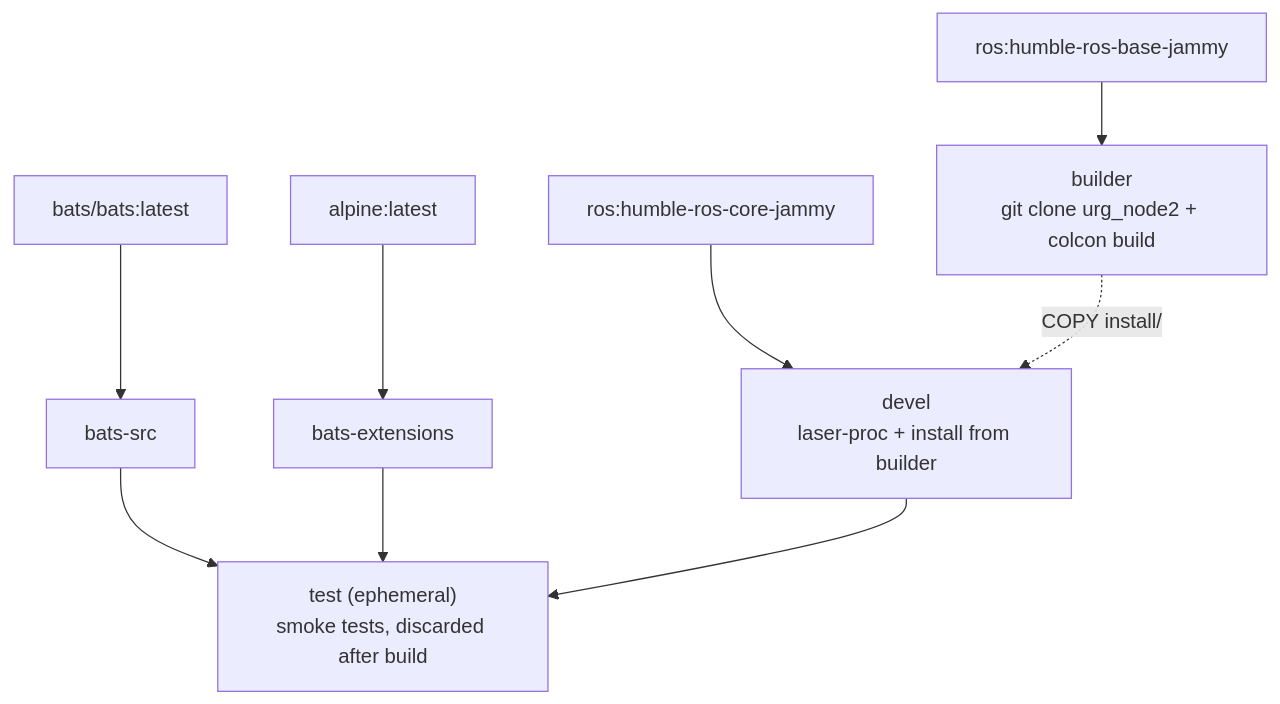
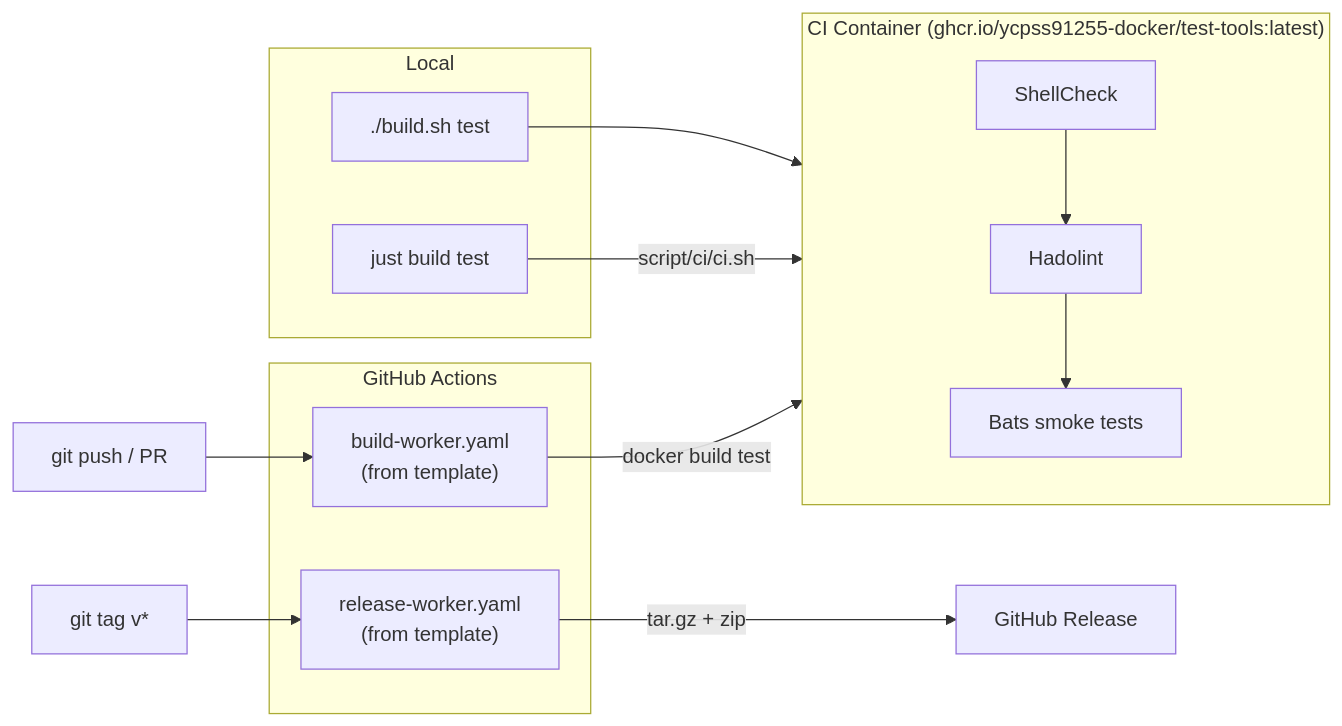
Before and after one commit to ycpss91255-docker/urg_node_humble: the second of 2 diagrams in README.md, drawn with Mermaid. The commit also changed other lines of this file and 202 other files, not shown here.

````diff
--- a/README.md
+++ b/README.md
@@ -108,20 +81,27 @@
 ```mermaid
-graph TD
-    EXT1["bats/bats:latest"]
-    EXT2["alpine:latest"]
-    EXT3["ros:humble-ros-base-jammy"]
-    EXT4["ros:humble-ros-core-jammy"]
+flowchart LR
+    subgraph local["Local"]
+        build_test["./build.sh test"]
+        make_test["just build test"]
+    end
 
-    EXT1 --> bats-src["bats-src"]
-    EXT2 --> bats-ext["bats-extensions"]
+    subgraph ci_container["CI Container (ghcr.io/ycpss91255-docker/test-tools:latest)"]
+        shellcheck["ShellCheck"]
+        hadolint["Hadolint"]
+        bats["Bats smoke tests"]
+    end
 
-    EXT3 --> builder["builder\ngit clone urg_node2 + colcon build"]
+    subgraph github["GitHub Actions"]
+        build_worker["build-worker.yaml<br/>(from template)"]
+        release_worker["release-worker.yaml<br/>(from template)"]
+    end
 
-    EXT4 --> devel["devel\nlaser-proc + install from builder"]
-    builder -.->|COPY install/| devel
+    build_test --> ci_container
+    make_test -->|"script/ci/ci.sh"| ci_container
+    shellcheck --> hadolint --> bats
 
-    bats-src --> test["test (ephemeral)\nsmoke tests, discarded after build"]
-    bats-ext --> test
-    devel --> test
-
+    push["git push / PR"] --> build_worker
+    build_worker -->|"docker build test"| ci_container
+    tag["git tag v*"] --> release_worker
+    release_worker -->|"tar.gz + zip"| release["GitHub Release"]
 ```
````
